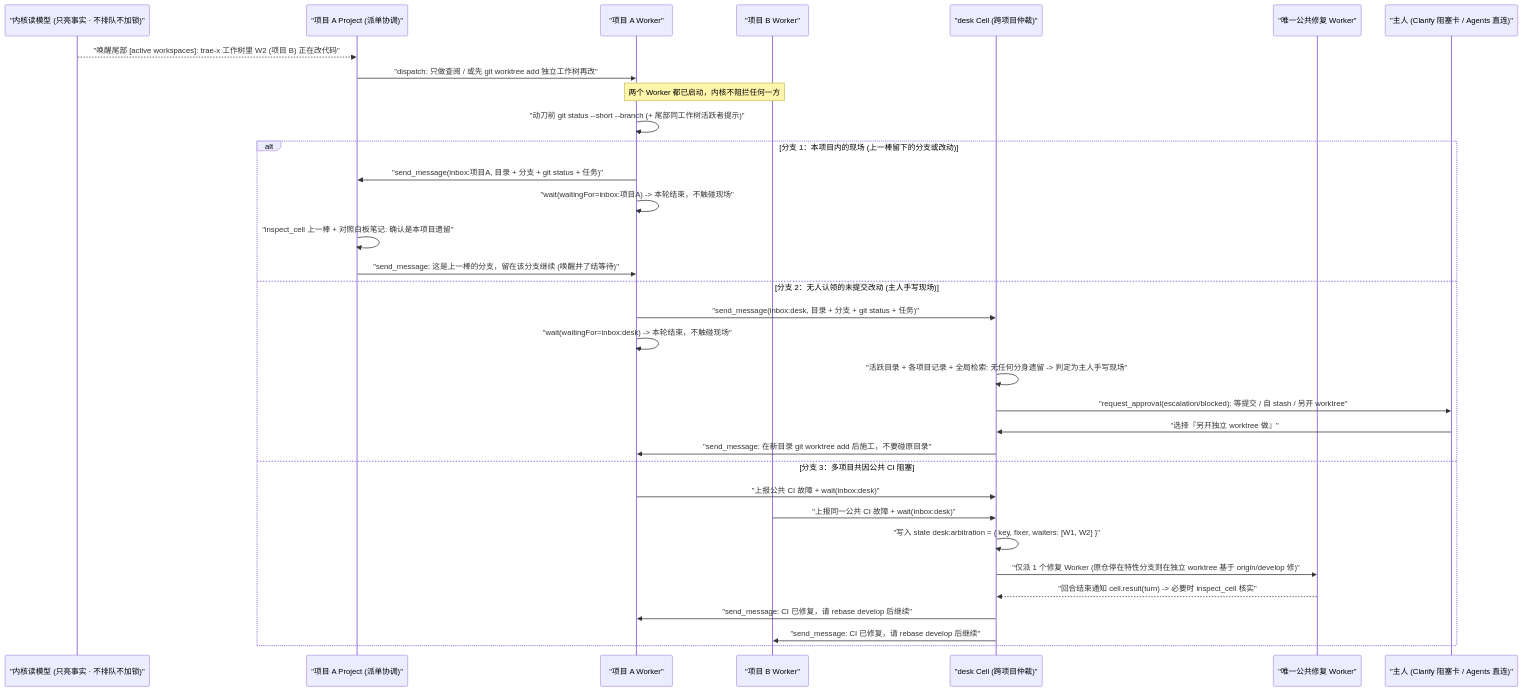
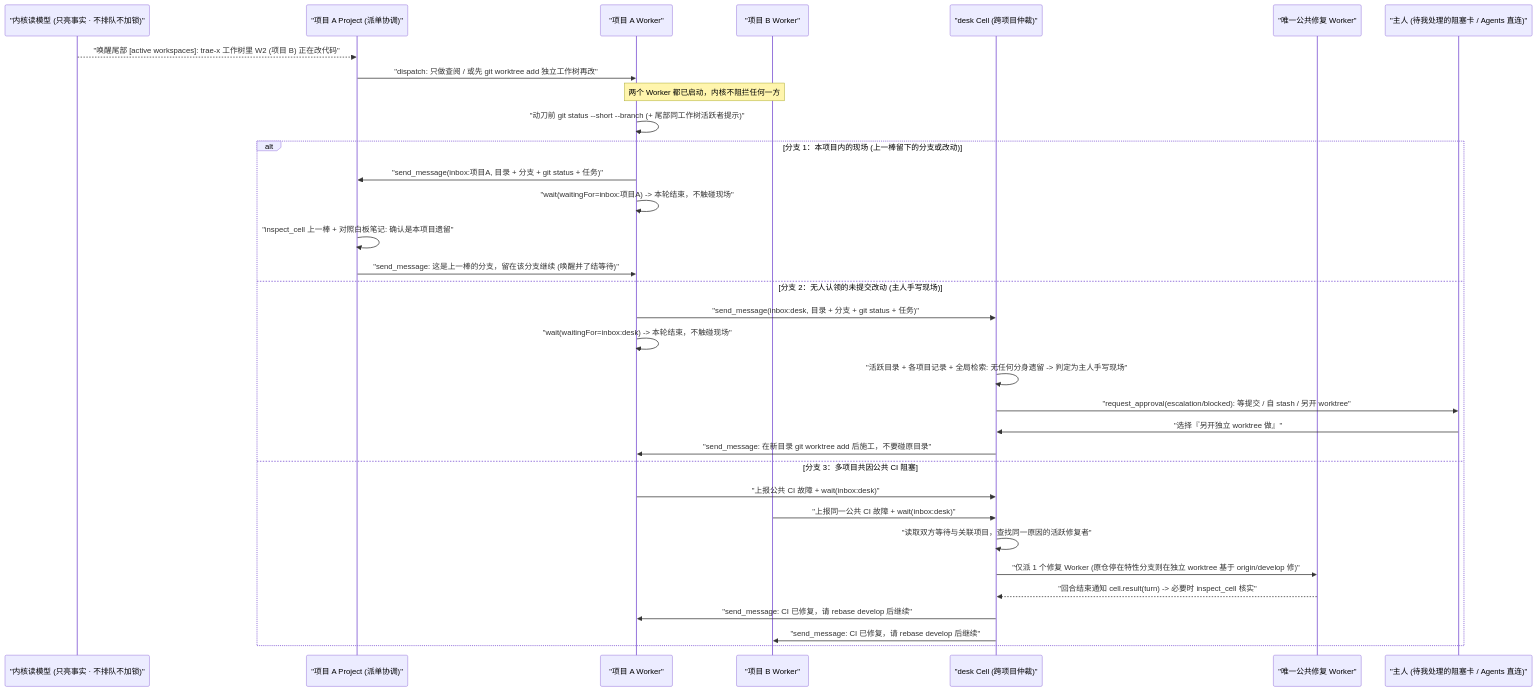
The diagram in docs/02-workflows/uc05-workspace-concurrency-and-arbitration.md (project-aoi/ng-agents), drawn with Mermaid before and after one commit. The commit also changed other lines of this file and 210 other files, not shown here.

````diff
--- a/docs/02-workflows/uc05-workspace-concurrency-and-arbitration.md
+++ b/docs/02-workflows/uc05-workspace-concurrency-and-arbitration.md
@@ -23,37 +23,37 @@
 ```mermaid
 sequenceDiagram
     participant K as "内核读模型 (只亮事实 · 不排队不加锁)"
     participant P as "项目 A Project (派单协调)"
     participant W1 as "项目 A Worker"
     participant W2 as "项目 B Worker"
     participant Desk as "desk Cell (跨项目仲裁)"
     participant Fixer as "唯一公共修复 Worker"
-    participant Owner as "主人 (Clarify 阻塞卡 / Agents 直连)"
+    participant Owner as "主人 (待我处理的阻塞卡 / Agents 直连)"
 
     K-->>P: "唤醒尾部 [active workspaces]: trae-x 工作树里 W2 (项目 B) 正在改代码"
     P->>W1: "dispatch: 只做查阅 / 或先 git worktree add 独立工作树再改"
     Note over W1,W2: 两个 Worker 都已启动，内核不阻拦任何一方
     W1->>W1: "动刀前 git status --short --branch (+ 尾部同工作树活跃者提示)"
 
     alt 分支 1：本项目内的现场 (上一棒留下的分支或改动)
         W1->>P: "send_message(inbox:项目A, 目录 + 分支 + git status + 任务)"
         W1->>W1: "wait(waitingFor=inbox:项目A) -> 本轮结束，不触碰现场"
         P->>P: "inspect_cell 上一棒 + 对照白板笔记: 确认是本项目遗留"
         P->>W1: "send_message: 这是上一棒的分支，留在该分支继续 (唤醒并了结等待)"
     else 分支 2：无人认领的未提交改动 (主人手写现场)
         W1->>Desk: "send_message(inbox:desk, 目录 + 分支 + git status + 任务)"
         W1->>W1: "wait(waitingFor=inbox:desk) -> 本轮结束，不触碰现场"
         Desk->>Desk: "活跃目录 + 各项目记录 + 全局检索: 无任何分身遗留 -> 判定为主人手写现场"
         Desk->>Owner: "request_approval(escalation/blocked): 等提交 / 自 stash / 另开 worktree"
         Owner->>Desk: "选择『另开独立 worktree 做』"
         Desk->>W1: "send_message: 在新目录 git worktree add 后施工，不要碰原目录"
     else 分支 3：多项目共因公共 CI 阻塞
         W1->>Desk: "上报公共 CI 故障 + wait(inbox:desk)"
         W2->>Desk: "上报同一公共 CI 故障 + wait(inbox:desk)"
-        Desk->>Desk: "写入 state desk:arbitration = { key, fixer, waiters: [W1, W2] }"
+        Desk->>Desk: "读取双方等待与关联项目，查找同一原因的活跃修复者"
         Desk->>Fixer: "仅派 1 个修复 Worker (原仓停在特性分支则在独立 worktree 基于 origin/develop 修)"
         Fixer-->>Desk: "回合结束通知 cell.result(turn) -> 必要时 inspect_cell 核实"
         Desk->>W1: "send_message: CI 已修复，请 rebase develop 后继续"
         Desk->>W2: "send_message: CI 已修复，请 rebase develop 后继续"
     end
 ```
````
